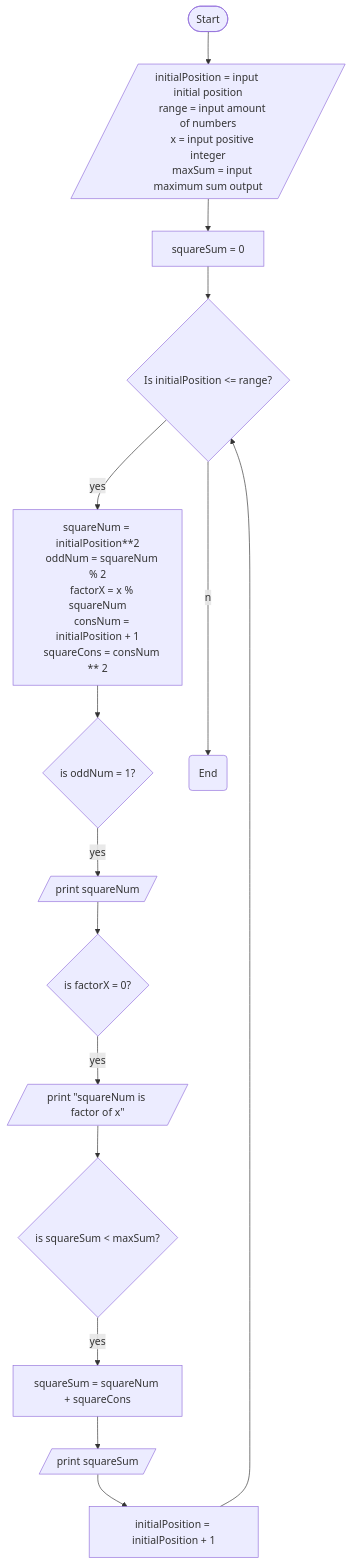
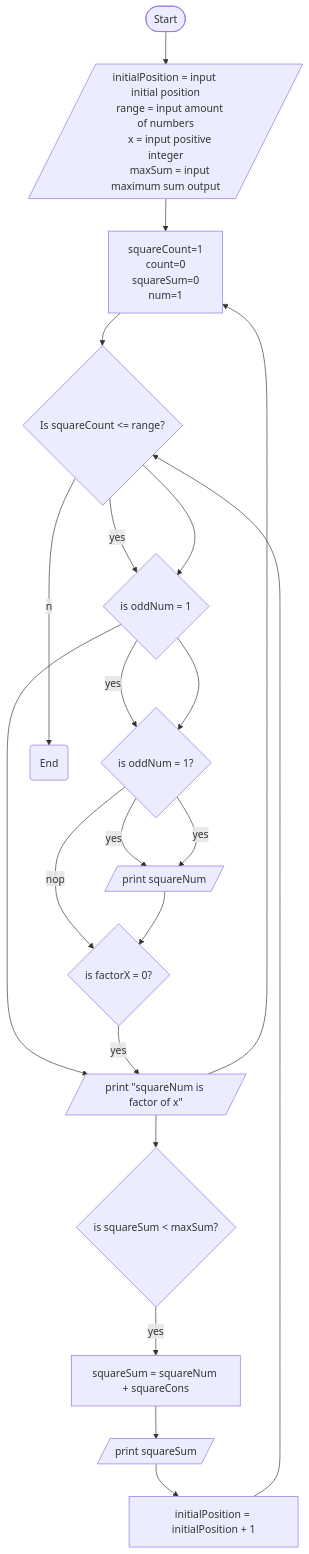
Before and after one commit to gtugaw/comp1236project: the diagram in flowchart/task2.md, drawn with Mermaid. The commit also changed 1 other file, not shown here.

Commit message:
Task 2: renaming variables in code

````diff
--- a/flowchart/task2.md
+++ b/flowchart/task2.md
@@ -7,33 +7,42 @@
 ```mermaid
 flowchart TB
     A([Start])
 
     A-->B[/initialPosition = input initial position
     range = input amount of numbers
     x = input positive integer
     maxSum = input maximum sum output/]
-    B-->D[squareSum = 0]
+    B-->D[squareCount=1
+    count=0
+    squareSum=0
+    num=1
+    ]
 
-    D-->E{Is initialPosition <= range?}
-    E-- yes -->F[squareNum = initialPosition**2
+    D-->E{Is squareCount <= range?}
+    E-- yes -->F[squareNum = initialPosition ** 2
     oddNum = squareNum % 2
-    factorX = x % squareNum
-    consNum = initialPosition + 1
-    squareCons = consNum ** 2]
+    factor = x % squareNum]
+    E-->F{is oddNum = 1}
+    F--yes-->G{is factor = 0}
+    G--yes-->H[/print "squareNum is factor of x"/]
+    G--nop-->I[/print squareNum/]
+    F-->J[initialPosition = initialPosition + 1]
+    J-->D
+    
 
     F-->G{is oddNum = 1?}
     G--yes-->H[/print squareNum/]
 
     H-->I{is factorX = 0?}
     I--yes-->J[/print "squareNum is factor of x"/]
 
     J-->K{is squareSum < maxSum?}
     K--yes-->L[squareSum = squareNum + squareCons]
     L-->M[/print squareSum/]
 
     M-->N[initialPosition = initialPosition + 1]
     N-->E
 
     E--no-->O(End)
 
 ```
````
